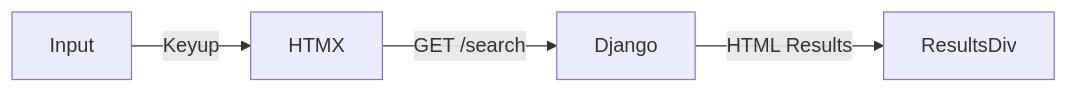
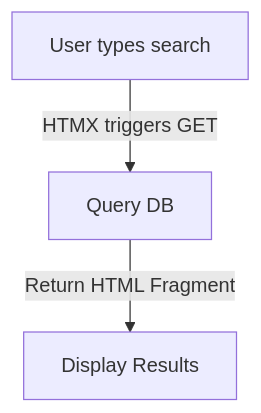
Before and after one commit to seanwhs/Tutorials: the fourth of 6 diagrams in Full-Stack/Django-Vite-HTMX-Alpine.md, drawn with Mermaid. The commit also changed other lines of this file, not shown here.

````diff
--- a/Full-Stack/Django-Vite-HTMX-Alpine.md
+++ b/Full-Stack/Django-Vite-HTMX-Alpine.md
@@ -115,5 +89,5 @@
 ```mermaid
-flowchart LR
-    Input -->|Keyup| HTMX -->|GET /search| Django
-    Django -->|HTML Results| ResultsDiv
+flowchart TD
+    Input[User types search]:::browser -->|HTMX triggers GET| Django[Query DB]:::server
+    Django -->|Return HTML Fragment| ResultsDiv[Display Results]:::htmx
 ```
````
